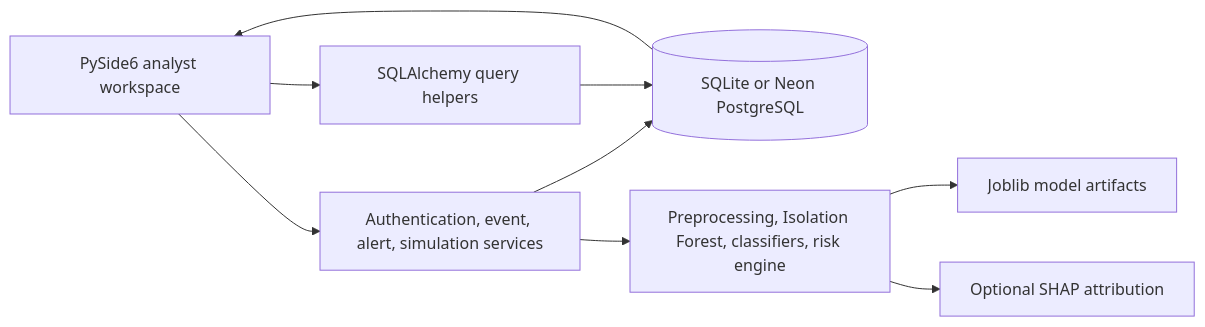
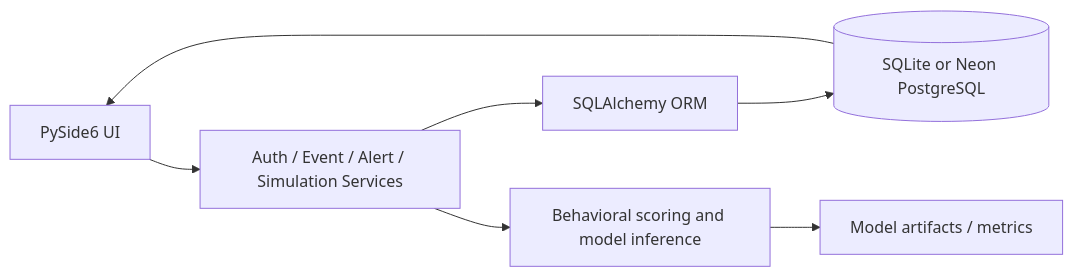
One commit to akashl13/NeuroShield-AI-Multimodal-anomaly-behavioral-intelligence-in-ML changed the diagram in README.md. Above: the diagram before and after it, drawn with Mermaid. The commit also changed other lines of this file, not shown here.

````diff
--- a/README.md
+++ b/README.md
@@ -95,11 +42,9 @@
 ```mermaid
 flowchart LR
-	GUI[PySide6 analyst workspace] --> Services[Authentication, event, alert, simulation services]
-	GUI --> CRUD[SQLAlchemy query helpers]
-	Services --> Database[(SQLite or Neon PostgreSQL)]
-	CRUD --> Database
-	Services --> ML[Preprocessing, Isolation Forest, classifiers, risk engine]
-	ML --> Artifacts[Joblib model artifacts]
-	ML --> Explainability[Optional SHAP attribution]
-	Database --> GUI
+    UI[PySide6 UI] --> Services[Auth / Event / Alert / Simulation Services]
+    Services --> ORM[SQLAlchemy ORM]
+    ORM --> DB[(SQLite or Neon PostgreSQL)]
+    Services --> ML[Behavioral scoring and model inference]
+    ML --> Artifacts[Model artifacts / metrics]
+    DB --> UI
 ```
````
